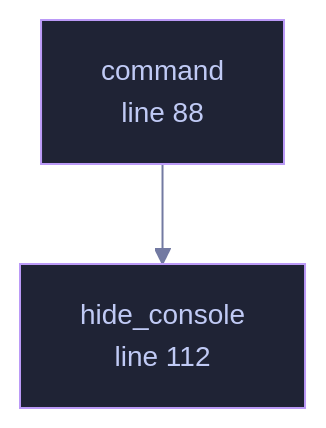
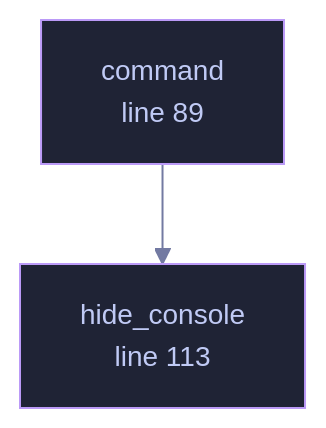
One commit to tilas01/veilvoice changed the diagram in wiki/File-veilvoice-setup-lib.md. Above: the diagram before and after it, drawn with Mermaid. The commit also changed other lines of this file and 83 other files, not shown here.

````diff
--- a/wiki/File-veilvoice-setup-lib.md
+++ b/wiki/File-veilvoice-setup-lib.md
@@ -94,13 +94,13 @@
 ```mermaid
 %%{init: {"theme":"base","themeVariables":{"background":"#1a1b26","primaryColor":"#1f2335","primaryTextColor":"#c0caf5","primaryBorderColor":"#7aa2f7","secondaryColor":"#16161e","tertiaryColor":"#16161e","lineColor":"#737aa2","textColor":"#c0caf5","mainBkg":"#1f2335","nodeBorder":"#7aa2f7","clusterBkg":"#16161e","clusterBorder":"#2f3549","fontFamily":"ui-monospace, SFMono-Regular, Consolas, monospace","fontSize":"14px"}}}%%
 flowchart TD
-    n_command["command<br/>line 88"]
-    n_hide_console["hide_console<br/>line 102"]
-    n_hide_console["hide_console<br/>line 112"]
+    n_command["command<br/>line 89"]
+    n_hide_console["hide_console<br/>line 103"]
+    n_hide_console["hide_console<br/>line 113"]
     n_command --> n_hide_console
-    click n_command href "https://github.com/tilas01/veilvoice/blob/main/crates/veilvoice-setup/src/lib.rs#L88" "open the source"
-    click n_hide_console href "https://github.com/tilas01/veilvoice/blob/main/crates/veilvoice-setup/src/lib.rs#L102" "open the source"
-    click n_hide_console href "https://github.com/tilas01/veilvoice/blob/main/crates/veilvoice-setup/src/lib.rs#L112" "open the source"
+    click n_command href "https://github.com/tilas01/veilvoice/blob/main/crates/veilvoice-setup/src/lib.rs#L89" "open the source"
+    click n_hide_console href "https://github.com/tilas01/veilvoice/blob/main/crates/veilvoice-setup/src/lib.rs#L103" "open the source"
+    click n_hide_console href "https://github.com/tilas01/veilvoice/blob/main/crates/veilvoice-setup/src/lib.rs#L113" "open the source"
     classDef helper fill:#1f2335,stroke:#bb9af7,color:#c0caf5
     class n_command,n_hide_console,n_hide_console helper
 ```
````
